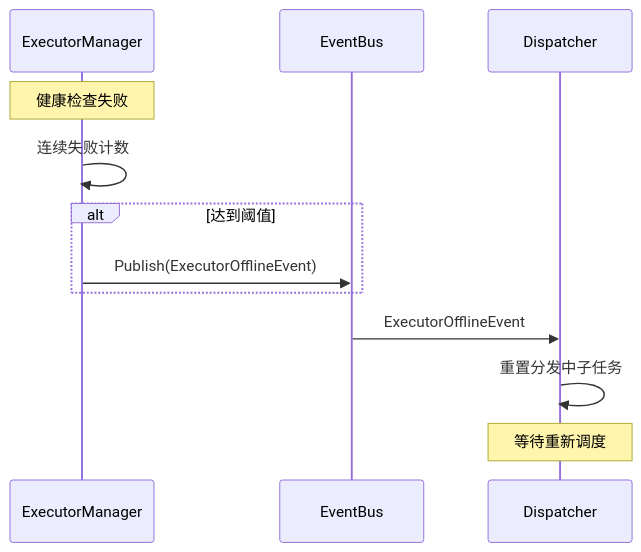
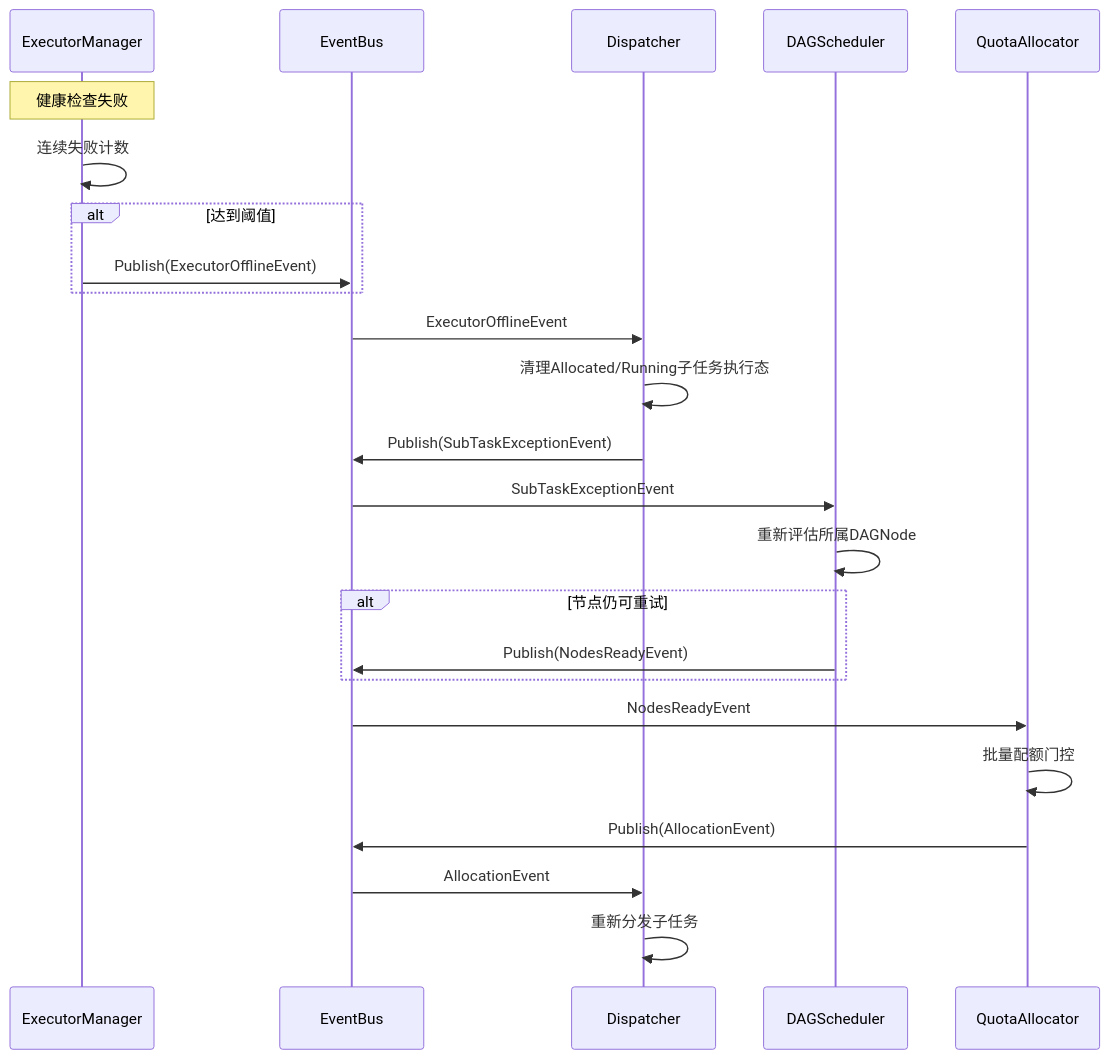
One commit to njuxumq/agent-eval-server changed the eighth of 8 diagrams in docs/designs/模块设计文档.md. Above: the diagram before and after it, drawn with Mermaid. The commit also changed other lines of this file and 13 other files, not shown here.

````diff
--- a/docs/designs/模块设计文档.md
+++ b/docs/designs/模块设计文档.md
@@ -512,18 +615,32 @@
 ```mermaid
 sequenceDiagram
     participant EM as ExecutorManager
     participant EB as EventBus
     participant Dispatcher as Dispatcher
+    participant Scheduler as DAGScheduler
+    participant Quota as QuotaAllocator
 
     Note over EM: 健康检查失败
 
     EM->>EM: 连续失败计数
     alt 达到阈值
         EM->>EB: Publish(ExecutorOfflineEvent)
     end
 
     EB->>Dispatcher: ExecutorOfflineEvent
-    Dispatcher->>Dispatcher: 重置分发中子任务
+    Dispatcher->>Dispatcher: 清理Allocated/Running子任务执行态
+    Dispatcher->>EB: Publish(SubTaskExceptionEvent)
 
-    Note over Dispatcher: 等待重新调度
+    EB->>Scheduler: SubTaskExceptionEvent
+    Scheduler->>Scheduler: 重新评估所属DAGNode
+    alt 节点仍可重试
+        Scheduler->>EB: Publish(NodesReadyEvent)
+    end
+
+    EB->>Quota: NodesReadyEvent
+    Quota->>Quota: 批量配额门控
+    Quota->>EB: Publish(AllocationEvent)
+
+    EB->>Dispatcher: AllocationEvent
+    Dispatcher->>Dispatcher: 重新分发子任务
 ```
````
